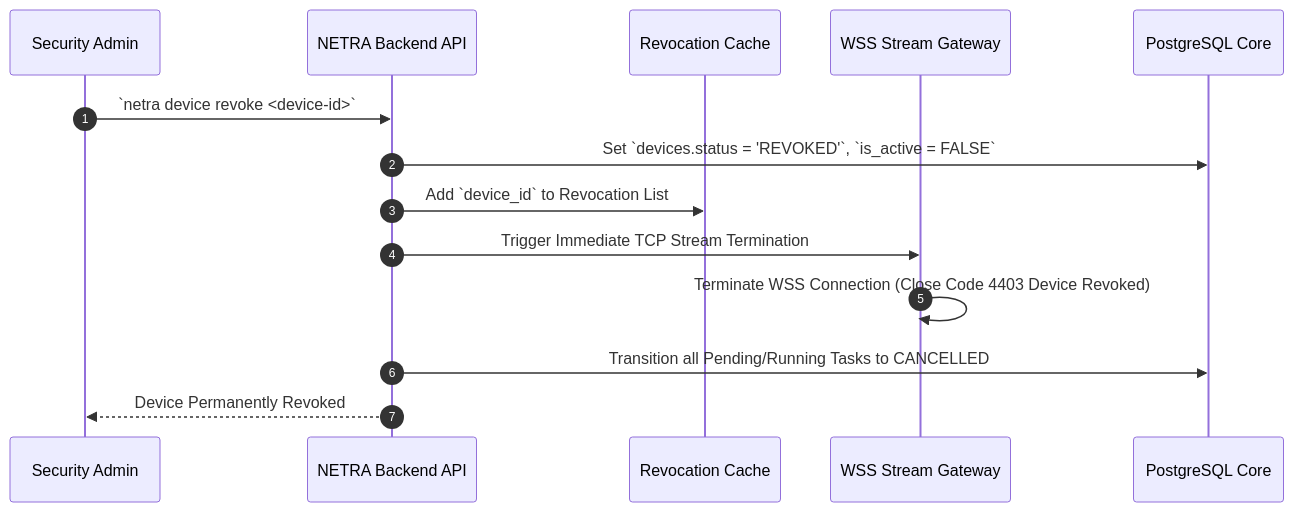
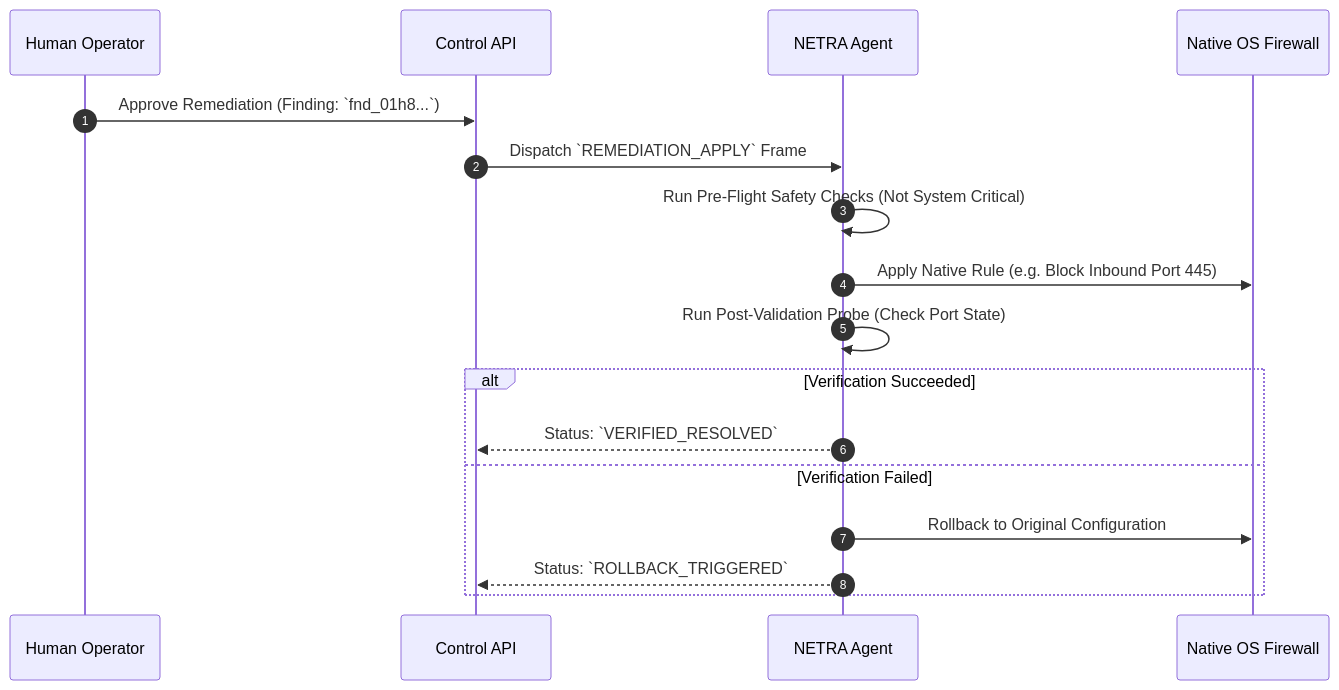
The third of 3 diagrams in docs/SECURITY_CHECK.md (Subhadip-Paul2006/NETRA-Backend), drawn with Mermaid before and after one commit. The commit also changed other lines of this file and 15 other files, not shown here.

Commit message:
docs: establish authoritative open-source academic architecture & technical specification suite

````diff
--- a/docs/SECURITY_CHECK.md
+++ b/docs/SECURITY_CHECK.md
@@ -171,17 +111,20 @@
 ```mermaid
 sequenceDiagram
     autonumber
-    participant Admin as Security Admin
-    participant Backend as NETRA Backend API
-    participant Cache as Revocation Cache
-    participant WSS as WSS Stream Gateway
-    participant DB as PostgreSQL Core
+    participant Op as Human Operator
+    participant API as Control API
+    participant Agent as NETRA Agent
+    participant OS as Native OS Firewall
 
-    Admin->>Backend: `netra device revoke <device-id>`
-    Backend->>DB: Set `devices.status = 'REVOKED'`, `is_active = FALSE`
-    Backend->>Cache: Add `device_id` to Revocation List
-    Backend->>WSS: Trigger Immediate TCP Stream Termination
-    WSS->>WSS: Terminate WSS Connection (Close Code 4403 Device Revoked)
-    Backend->>DB: Transition all Pending/Running Tasks to CANCELLED
-    Backend-->>Admin: Device Permanently Revoked
+    Op->>API: Approve Remediation (Finding: `fnd_01h8...`)
+    API->>Agent: Dispatch `REMEDIATION_APPLY` Frame
+    Agent->>Agent: Run Pre-Flight Safety Checks (Not System Critical)
+    Agent->>OS: Apply Native Rule (e.g. Block Inbound Port 445)
+    Agent->>Agent: Run Post-Validation Probe (Check Port State)
+    alt Verification Succeeded
+        Agent-->>API: Status: `VERIFIED_RESOLVED`
+    else Verification Failed
+        Agent->>OS: Rollback to Original Configuration
+        Agent-->>API: Status: `ROLLBACK_TRIGGERED`
+    end
 ```
````
